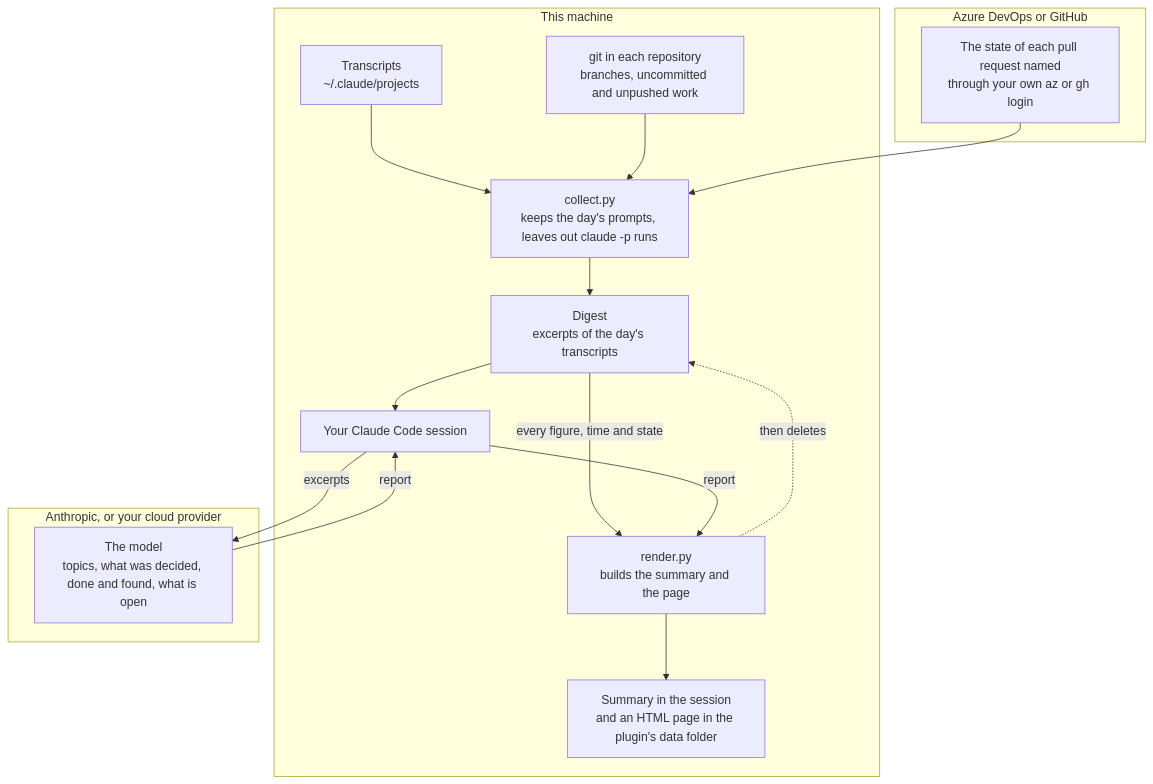
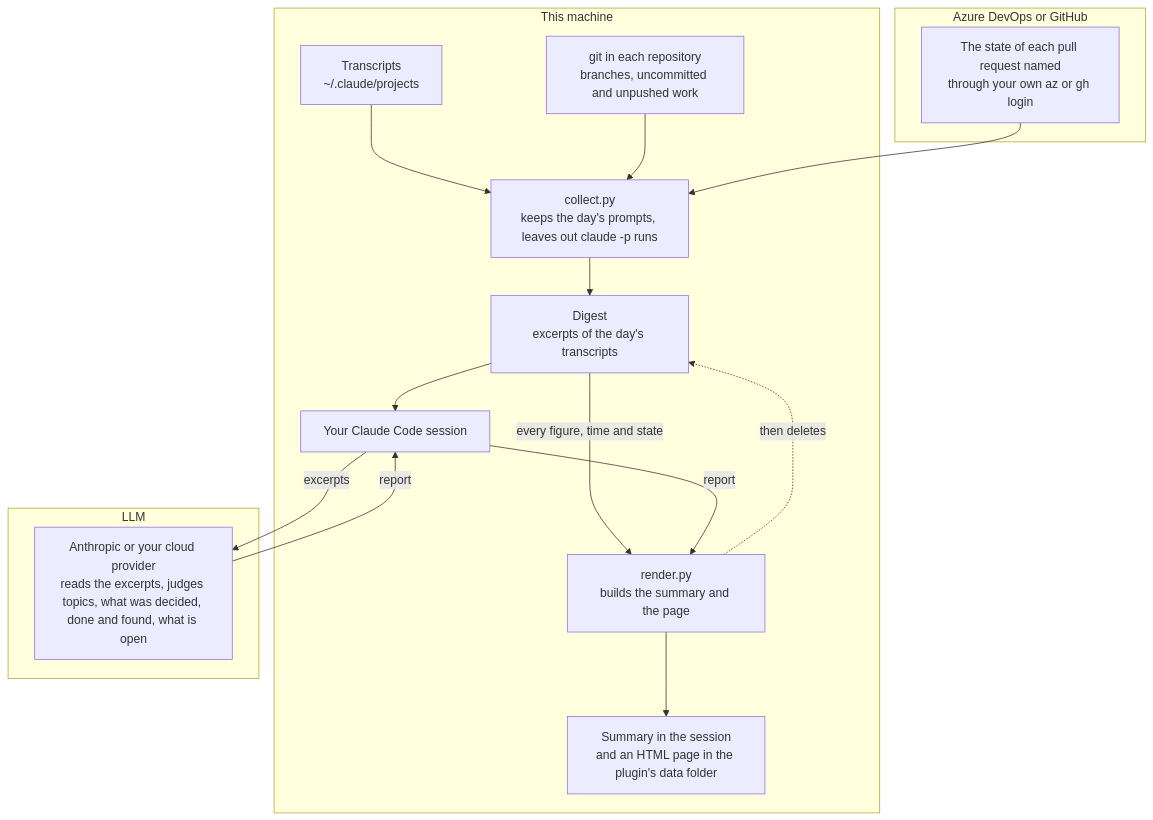
The diagram in plugins/remind-me/README.md (softwareone-platform/tundra), drawn with Mermaid before and after one commit. The commit also changed 2 other files, not shown here.

Commit message:
name the LLM in remind-me's README diagram

````diff
--- a/plugins/remind-me/README.md
+++ b/plugins/remind-me/README.md
@@ -40,22 +40,22 @@
 ```mermaid
 flowchart TB
     subgraph machine["This machine"]
         transcripts["Transcripts<br>~/.claude/projects"] --> collect
         git["git in each repository<br>branches, uncommitted and unpushed work"] --> collect
         collect["collect.py<br>keeps the day's prompts, leaves out claude -p runs"] --> digest["Digest<br>excerpts of the day's transcripts"]
         digest --> session["Your Claude Code session"]
         digest -- every figure, time and state --> render["render.py<br>builds the summary and the page"]
         session -- report --> render
         render --> page["Summary in the session<br>and an HTML page in the plugin's data folder"]
         render -. then deletes .-> digest
     end
-    subgraph provider["Anthropic, or your cloud provider"]
-        model["The model<br>topics, what was decided, done and found, what is open"]
+    subgraph provider["LLM"]
+        model["Anthropic or your cloud provider<br>reads the excerpts, judges topics, what was decided, done and found, what is open"]
     end
     subgraph host["Azure DevOps or GitHub"]
         remote["The state of each pull request named<br>through your own az or gh login"]
     end
     session -- excerpts --> model
     model -- report --> session
     remote --> collect
 ```
````
